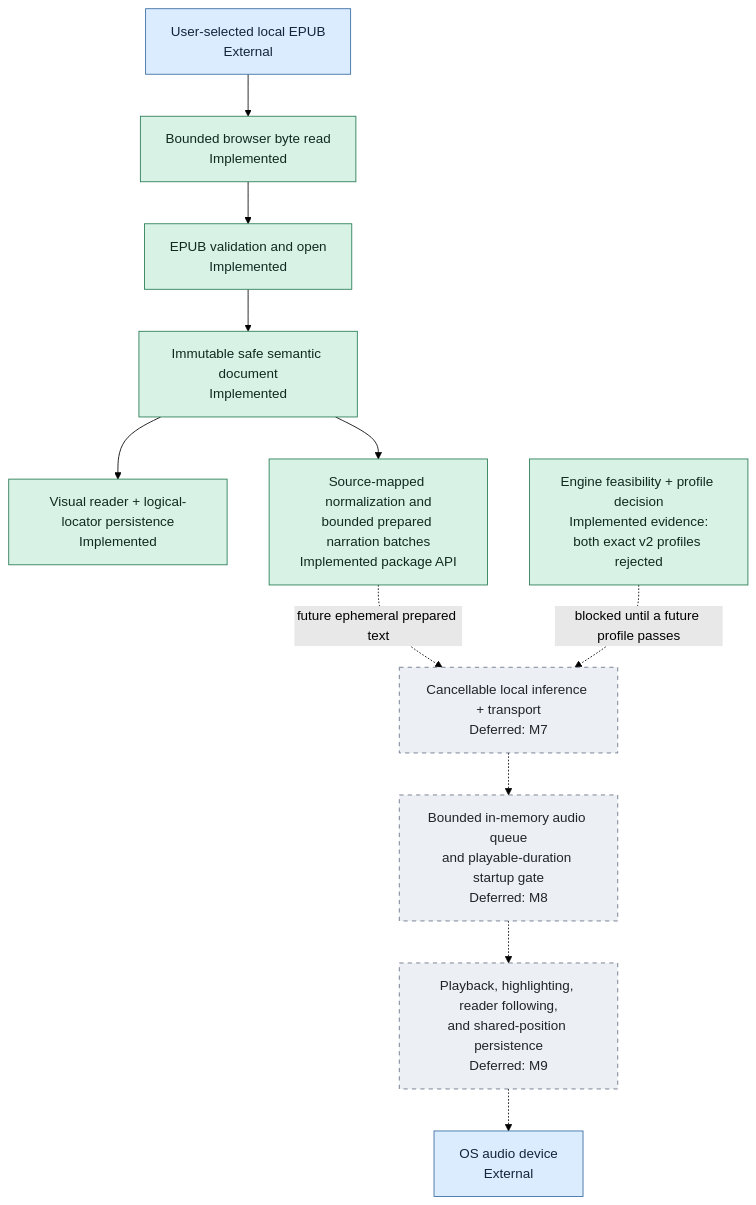
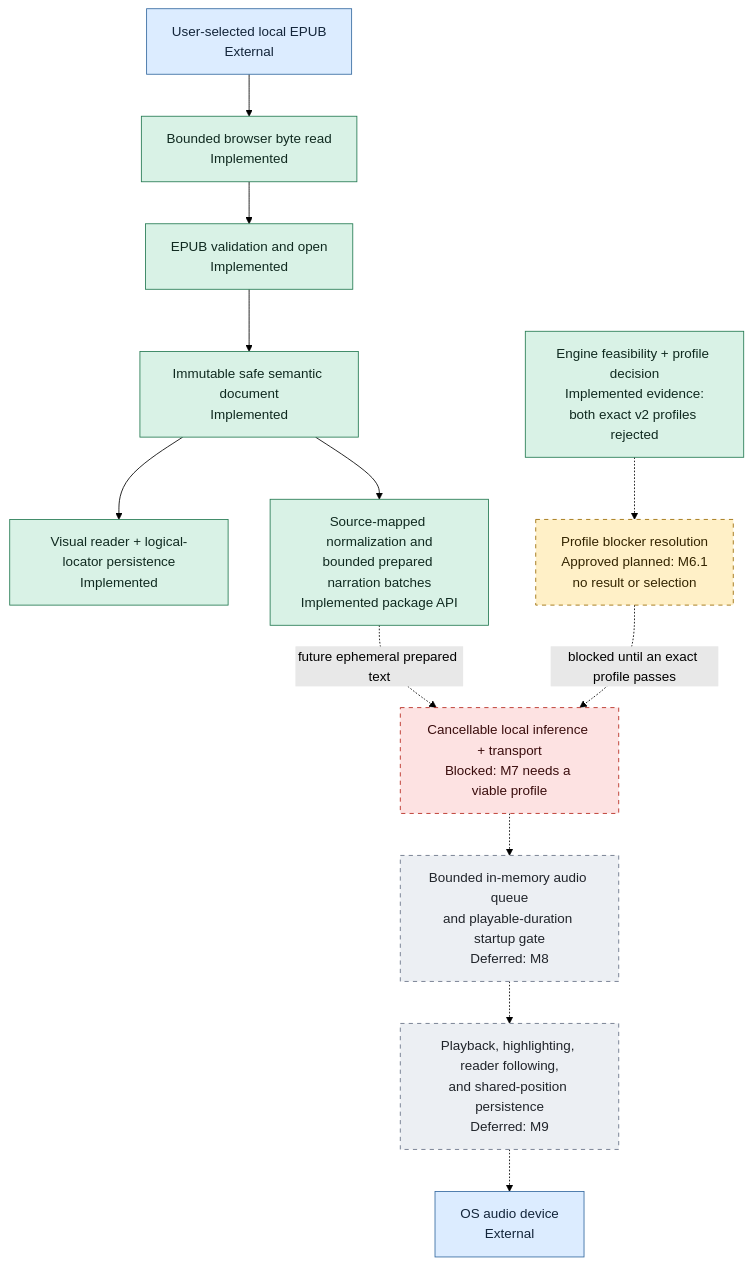
One commit to mmjosedaniel/voxleaf changed the second of 2 diagrams in docs/architecture/system-diagram.md. Above: the diagram before and after it, drawn with Mermaid (forest theme). The commit also changed other lines of this file and 13 other files, not shown here.

````diff
--- a/docs/architecture/system-diagram.md
+++ b/docs/architecture/system-diagram.md
@@ -97,28 +103,31 @@
 ```mermaid
 flowchart TD
     classDef implemented fill:#d9f2e6,stroke:#247a52,color:#102a20
     classDef progress fill:#dcecff,stroke:#356aa0,color:#13253a,stroke-dasharray: 3 3
     classDef planned fill:#fff0c7,stroke:#9a6b00,color:#332400,stroke-dasharray: 5 5
+    classDef blocked fill:#fde2e2,stroke:#b42318,color:#3a0d0d,stroke-dasharray: 5 5
     classDef deferred fill:#eceff3,stroke:#667085,color:#20242a,stroke-dasharray: 5 5
     classDef external fill:#dcecff,stroke:#356aa0,color:#13253a
 
     FILE["User-selected local EPUB<br/>External"]:::external
     READ["Bounded browser byte read<br/>Implemented"]:::implemented
     OPEN["EPUB validation and open<br/>Implemented"]:::implemented
     SAFE["Immutable safe semantic document<br/>Implemented"]:::implemented
     VISUAL["Visual reader + logical-locator persistence<br/>Implemented"]:::implemented
     PREP["Source-mapped normalization and<br/>bounded prepared narration batches<br/>Implemented package API"]:::implemented
     PROFILE["Engine feasibility + profile decision<br/>Implemented evidence:<br/>both exact v2 profiles rejected"]:::implemented
-    INFER["Cancellable local inference + transport<br/>Deferred: M7"]:::deferred
+    NEXT_PROFILE["Profile blocker resolution<br/>Approved planned: M6.1<br/>no result or selection"]:::planned
+    INFER["Cancellable local inference + transport<br/>Blocked: M7 needs a viable profile"]:::blocked
     BUFFER["Bounded in-memory audio queue<br/>and playable-duration startup gate<br/>Deferred: M8"]:::deferred
     FOLLOW["Playback, highlighting, reader following,<br/>and shared-position persistence<br/>Deferred: M9"]:::deferred
     DEVICE["OS audio device<br/>External"]:::external
 
     FILE --> READ --> OPEN --> SAFE --> VISUAL
     SAFE --> PREP
     PREP -.->|"future ephemeral prepared text"| INFER
-    PROFILE -.->|"blocked until a future profile passes"| INFER
+    PROFILE -.-> NEXT_PROFILE
+    NEXT_PROFILE -.->|"blocked until an exact profile passes"| INFER
     INFER -.-> BUFFER
     BUFFER -.-> FOLLOW
     FOLLOW -.-> DEVICE
 ```
````
